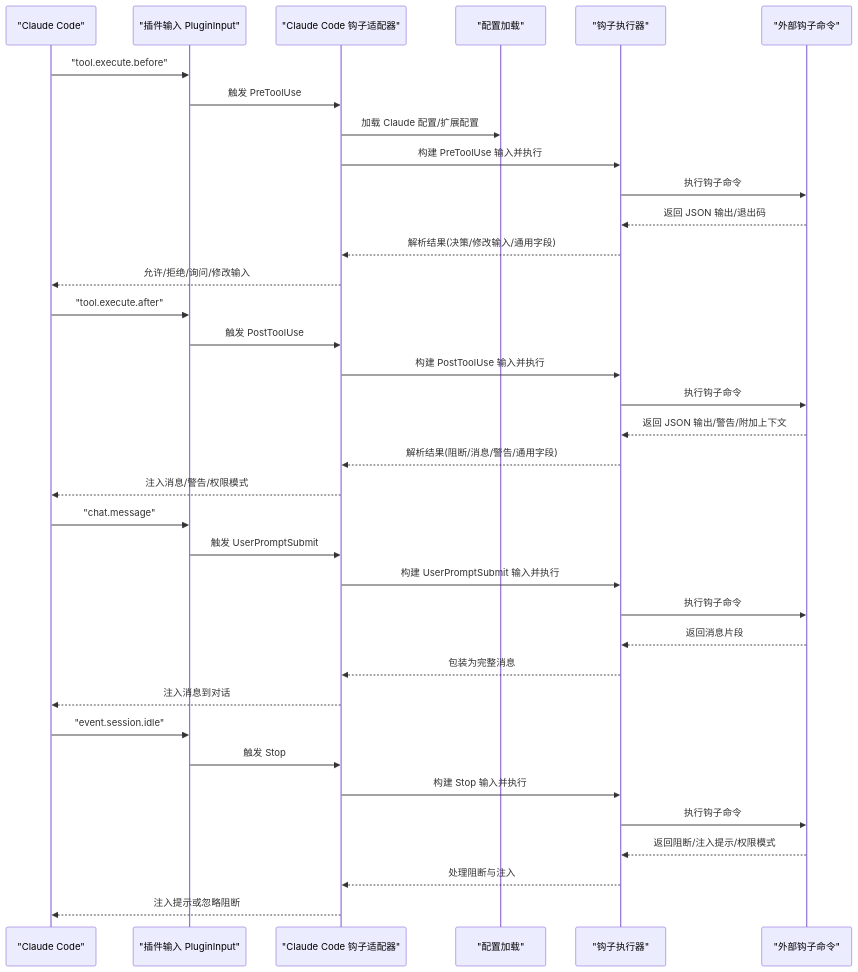
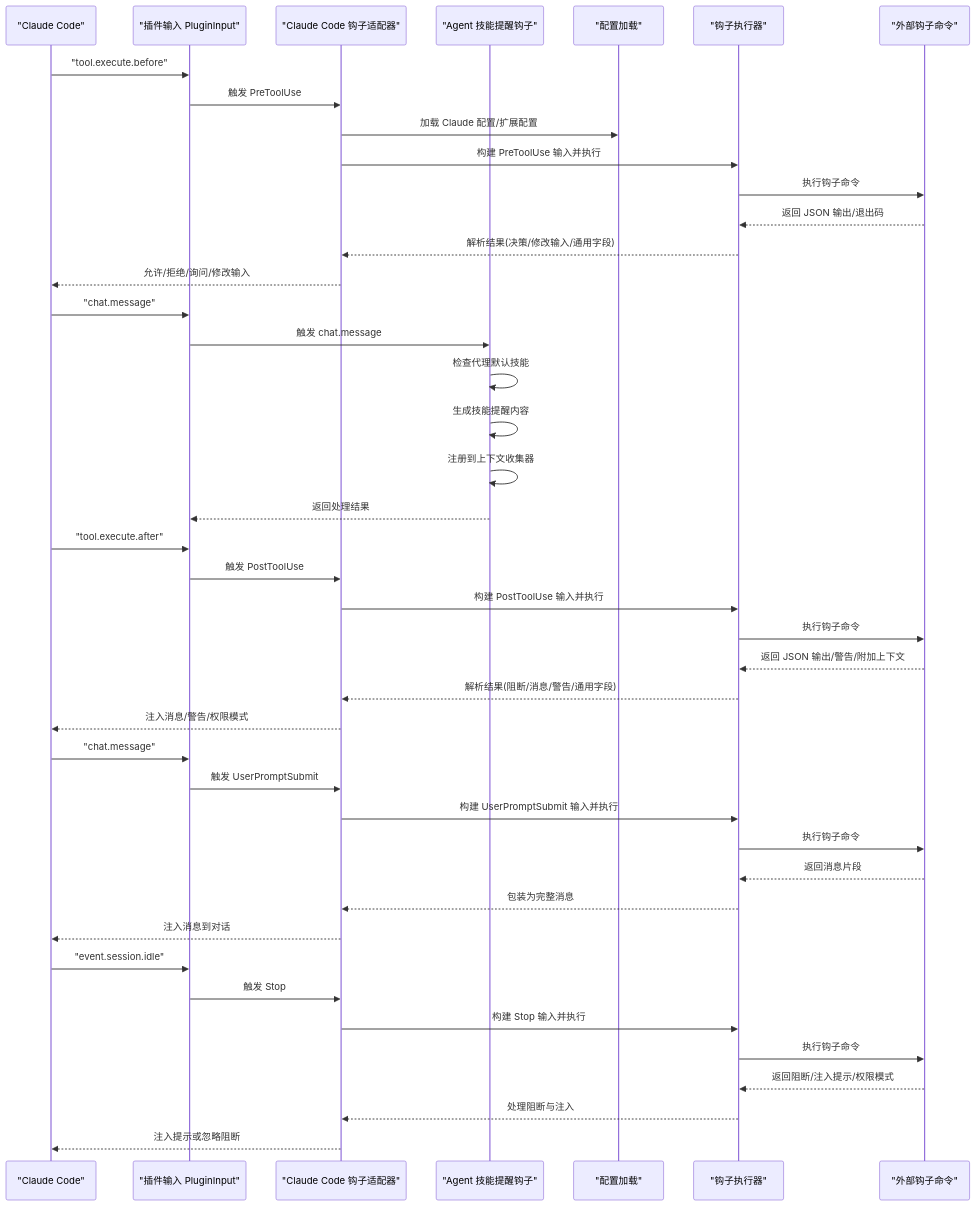
The second of 9 diagrams in .qoder/repowiki/zh/content/钩子系统/钩子架构设计.md (code-yeongyu/oh-my-openagent), drawn with Mermaid before and after one commit. The commit also changed other lines of this file and 61 other files, not shown here.

````diff
--- a/.qoder/repowiki/zh/content/钩子系统/钩子架构设计.md
+++ b/.qoder/repowiki/zh/content/钩子系统/钩子架构设计.md
@@ -87,38 +124,45 @@
 ```mermaid
 sequenceDiagram
 participant CC as "Claude Code"
 participant PI as "插件输入 PluginInput"
 participant CH as "Claude Code 钩子适配器"
+participant ASR as "Agent 技能提醒钩子"
 participant CFG as "配置加载"
 participant EX as "钩子执行器"
 participant HK as "外部钩子命令"
 CC->>PI : "tool.execute.before"
 PI->>CH : 触发 PreToolUse
 CH->>CFG : 加载 Claude 配置/扩展配置
 CH->>EX : 构建 PreToolUse 输入并执行
 EX->>HK : 执行钩子命令
 HK-->>EX : 返回 JSON 输出/退出码
 EX-->>CH : 解析结果(决策/修改输入/通用字段)
 CH-->>CC : 允许/拒绝/询问/修改输入
+CC->>PI : "chat.message"
+PI->>ASR : 触发 chat.message
+ASR->>ASR : 检查代理默认技能
+ASR->>ASR : 生成技能提醒内容
+ASR->>ASR : 注册到上下文收集器
+ASR-->>PI : 返回处理结果
 CC->>PI : "tool.execute.after"
 PI->>CH : 触发 PostToolUse
 CH->>EX : 构建 PostToolUse 输入并执行
 EX->>HK : 执行钩子命令
 HK-->>EX : 返回 JSON 输出/警告/附加上下文
 EX-->>CH : 解析结果(阻断/消息/警告/通用字段)
 CH-->>CC : 注入消息/警告/权限模式
 CC->>PI : "chat.message"
 PI->>CH : 触发 UserPromptSubmit
 CH->>EX : 构建 UserPromptSubmit 输入并执行
 EX->>HK : 执行钩子命令
 HK-->>EX : 返回消息片段
 EX-->>CH : 包装为完整消息
 CH-->>CC : 注入消息到对话
 CC->>PI : "event.session.idle"
 PI->>CH : 触发 Stop
 CH->>EX : 构建 Stop 输入并执行
 EX->>HK : 执行钩子命令
 HK-->>EX : 返回阻断/注入提示/权限模式
 EX-->>CH : 处理阻断与注入
 CH-->>CC : 注入提示或忽略阻断
 ```
````
